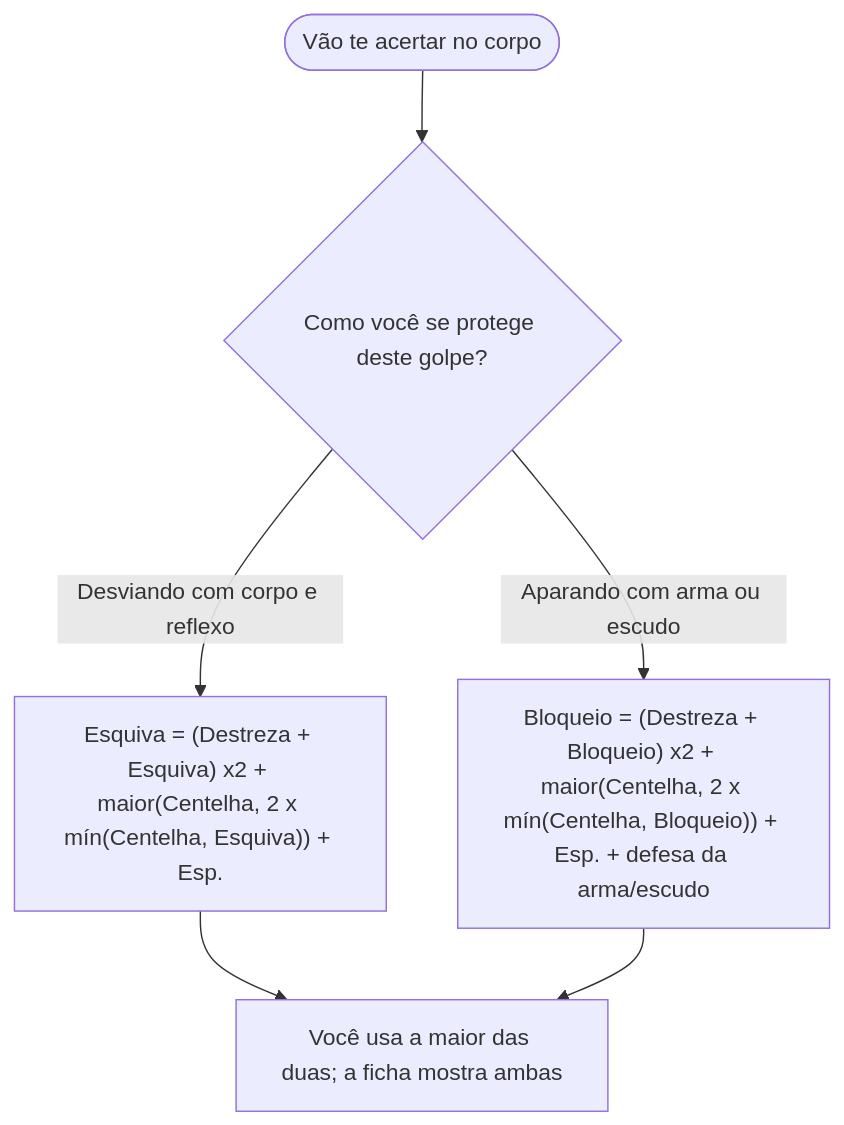
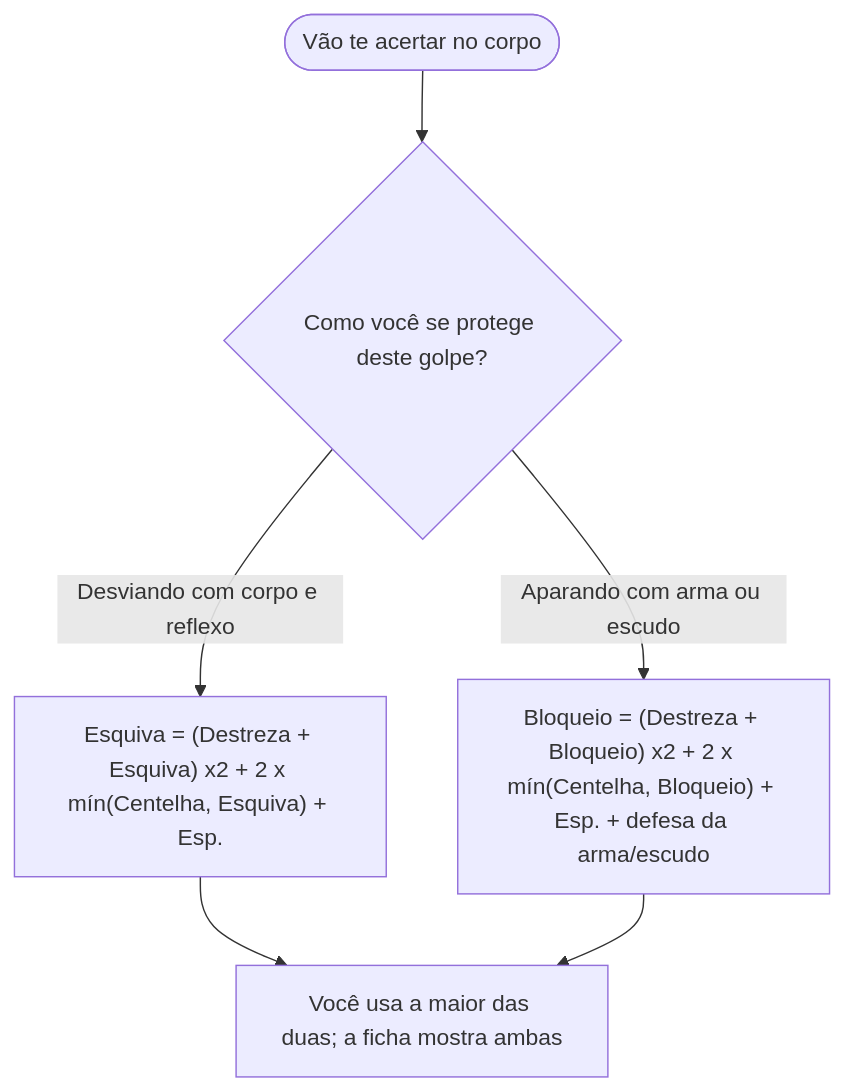
The fifth of 6 diagrams in src/content/chapters/qual-sistema.md (f-neves/centelha-rpg), drawn with Mermaid before and after one commit. The commit also changed 21 other files, not shown here.

````diff
--- a/src/content/chapters/qual-sistema.md
+++ b/src/content/chapters/qual-sistema.md
@@ -84,8 +84,8 @@
 ```mermaid
 flowchart TD
   D(["Vão te acertar no corpo"]) --> D1{"Como você se protege deste golpe?"}
-  D1 -->|"Desviando com corpo e reflexo"| DE["Esquiva = (Destreza + Esquiva) x2 + maior(Centelha, 2 x mín(Centelha, Esquiva)) + Esp."]
-  D1 -->|"Aparando com arma ou escudo"| DB["Bloqueio = (Destreza + Bloqueio) x2 + maior(Centelha, 2 x mín(Centelha, Bloqueio)) + Esp. + defesa da arma/escudo"]
+  D1 -->|"Desviando com corpo e reflexo"| DE["Esquiva = (Destreza + Esquiva) x2 + 2 x mín(Centelha, Esquiva) + Esp."]
+  D1 -->|"Aparando com arma ou escudo"| DB["Bloqueio = (Destreza + Bloqueio) x2 + 2 x mín(Centelha, Bloqueio) + Esp. + defesa da arma/escudo"]
   DE --> N["Você usa a maior das duas; a ficha mostra ambas"]
   DB --> N
 ```
````
